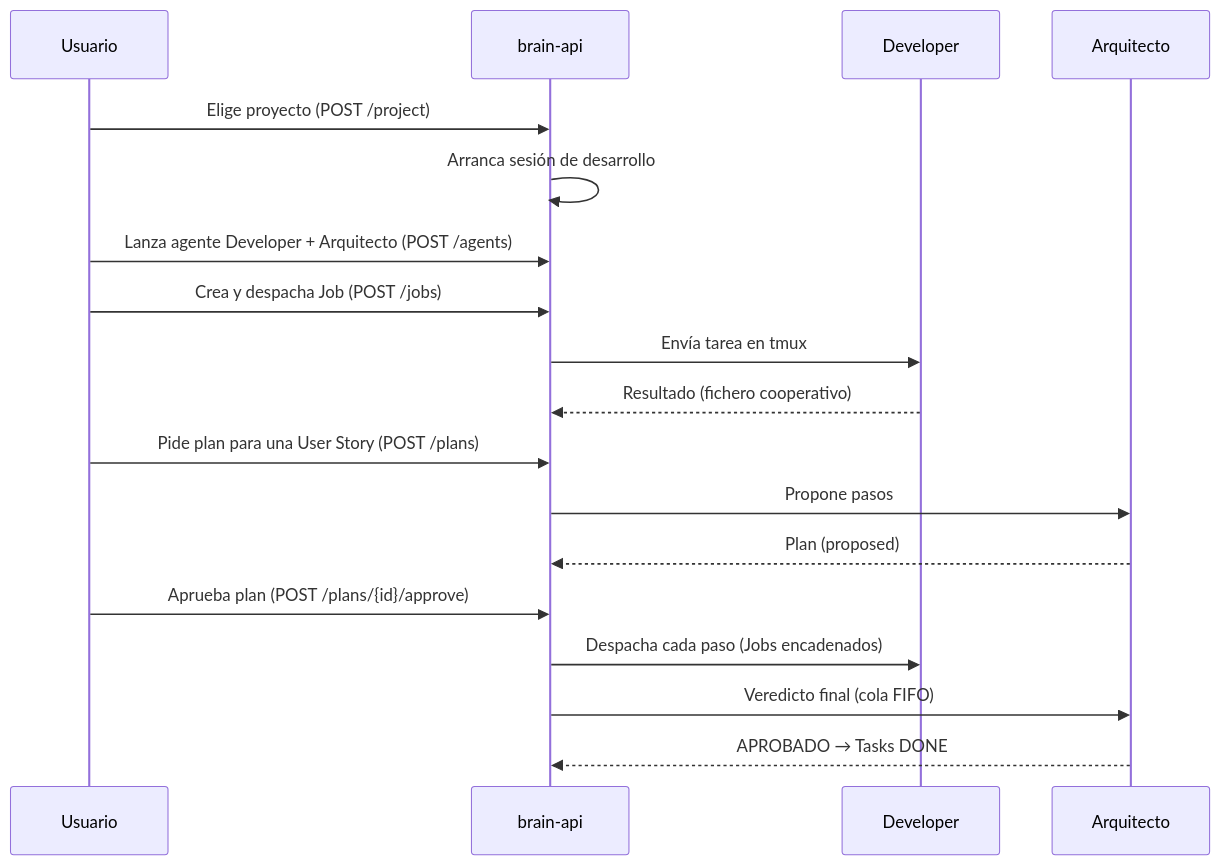
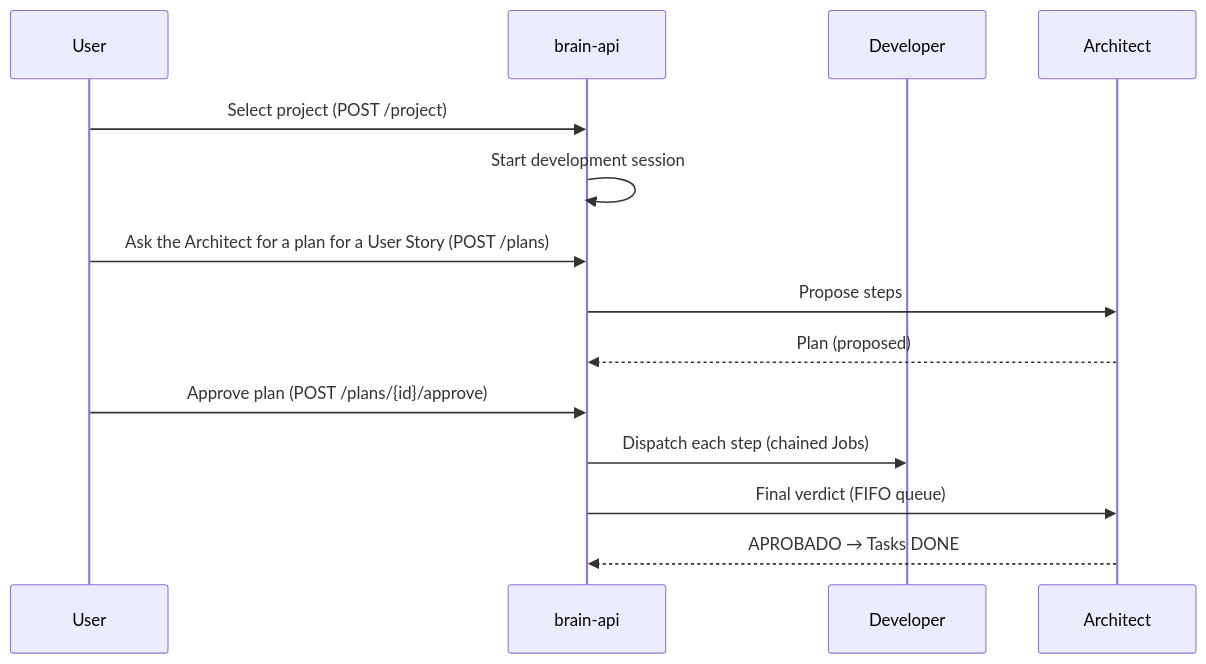
The diagram in docs/concepts.md (Yokosillo/atlas-forge), drawn with Mermaid before and after one commit. The commit also changed other lines of this file and 19 other files, not shown here.

````diff
--- a/docs/concepts.md
+++ b/docs/concepts.md
@@ -65,21 +65,17 @@
 ```mermaid
 sequenceDiagram
-    participant U as Usuario
+    participant U as User
     participant B as brain-api
     participant D as Developer
-    participant A as Arquitecto
+    participant A as Architect
 
-    U->>B: Elige proyecto (POST /project)
-    B->>B: Arranca sesión de desarrollo
-    U->>B: Lanza agente Developer + Arquitecto (POST /agents)
-    U->>B: Crea y despacha Job (POST /jobs)
-    B->>D: Envía tarea en tmux
-    D-->>B: Resultado (fichero cooperativo)
-    U->>B: Pide plan para una User Story (POST /plans)
-    B->>A: Propone pasos
+    U->>B: Select project (POST /project)
+    B->>B: Start development session
+    U->>B: Ask the Architect for a plan for a User Story (POST /plans)
+    B->>A: Propose steps
     A-->>B: Plan (proposed)
-    U->>B: Aprueba plan (POST /plans/{id}/approve)
-    B->>D: Despacha cada paso (Jobs encadenados)
-    B->>A: Veredicto final (cola FIFO)
+    U->>B: Approve plan (POST /plans/{id}/approve)
+    B->>D: Dispatch each step (chained Jobs)
+    B->>A: Final verdict (FIFO queue)
     A-->>B: APROBADO → Tasks DONE
 ```
````
